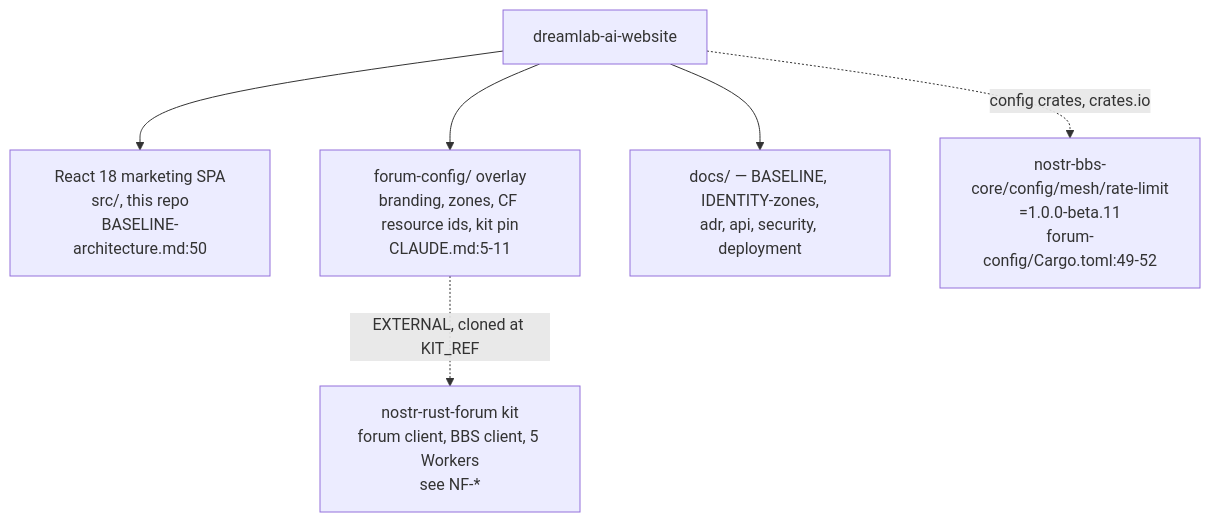
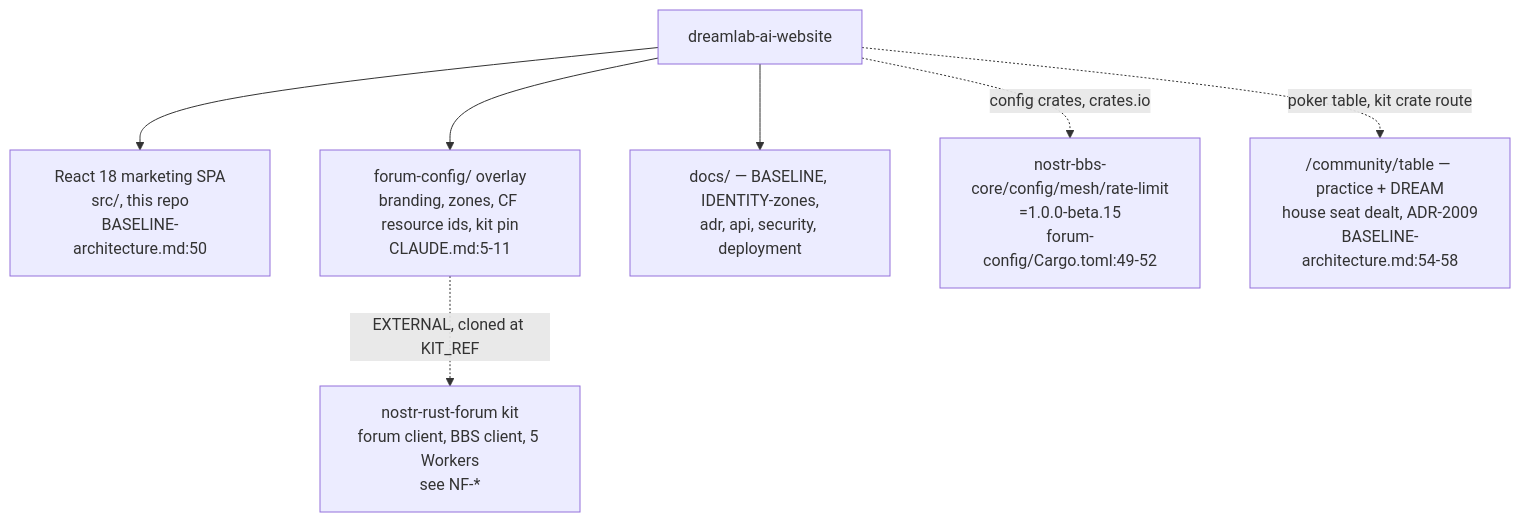
Before and after one commit to DreamLab-AI/VisionFlow: the first of 7 diagrams in docs/diagrams/dreamlab-ai-website/01-repo-composition-and-deploy-topology.md, drawn with Mermaid. The commit also changed other lines of this file and 111 other files, not shown here.

Commit message:
docs(diagrams): align estate maps with current source

````diff
--- a/docs/diagrams/dreamlab-ai-website/01-repo-composition-and-deploy-topology.md
+++ b/docs/diagrams/dreamlab-ai-website/01-repo-composition-and-deploy-topology.md
@@ -25,8 +25,9 @@
 ```mermaid
 flowchart TB
     REPO["dreamlab-ai-website"] --> REACT["React 18 marketing SPA<br/>src/, this repo<br/>BASELINE-architecture.md:50"]
     REPO --> FCFG["forum-config/ overlay<br/>branding, zones, CF resource ids, kit pin<br/>CLAUDE.md:5-11"]
     REPO --> DOCS["docs/ — BASELINE, IDENTITY-zones,<br/>adr, api, security, deployment"]
     FCFG -. "EXTERNAL, cloned at KIT_REF" .-> KIT["nostr-rust-forum kit<br/>forum client, BBS client, 5 Workers<br/>see NF-*"]
-    REPO -. "config crates, crates.io" .-> CRATES["nostr-bbs-core/config/mesh/rate-limit<br/>=1.0.0-beta.11<br/>forum-config/Cargo.toml:49-52"]
+    REPO -. "config crates, crates.io" .-> CRATES["nostr-bbs-core/config/mesh/rate-limit<br/>=1.0.0-beta.15<br/>forum-config/Cargo.toml:49-52"]
+    REPO -. "poker table, kit crate route" .-> POKER["/community/table — practice + DREAM<br/>house seat dealt, ADR-2009<br/>BASELINE-architecture.md:54-58"]
 ```
````
